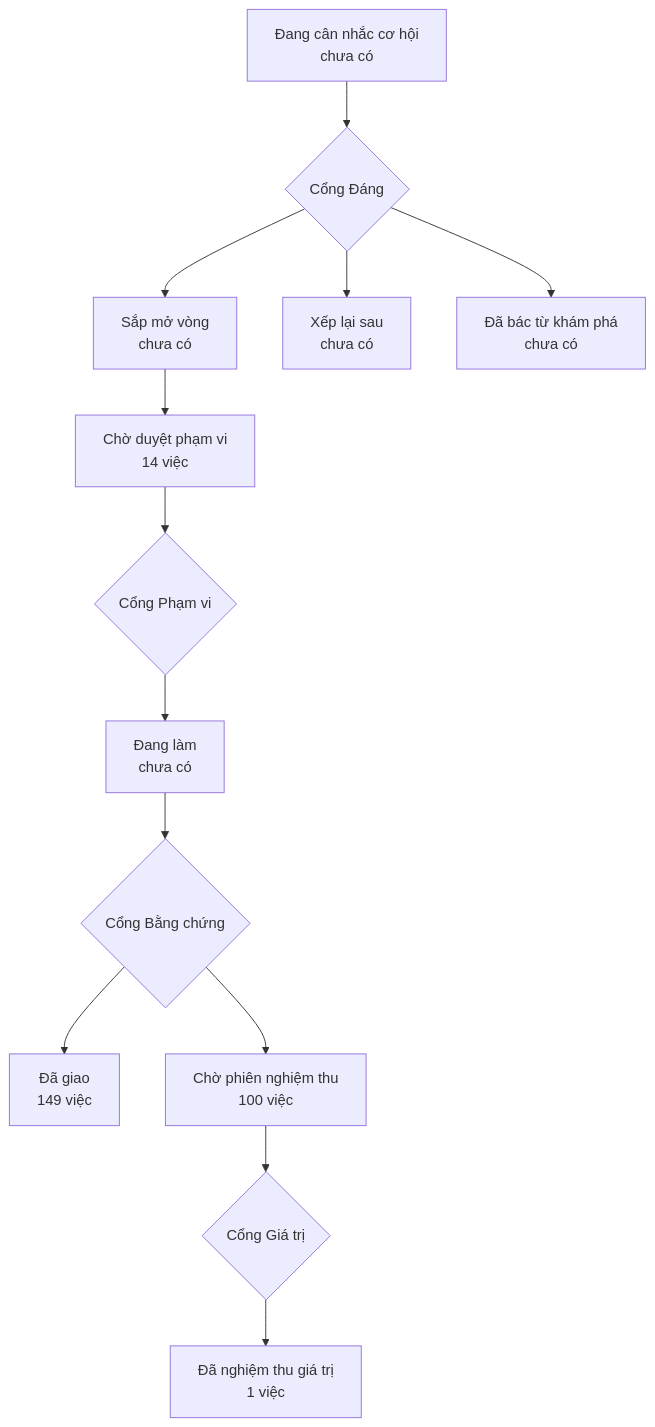
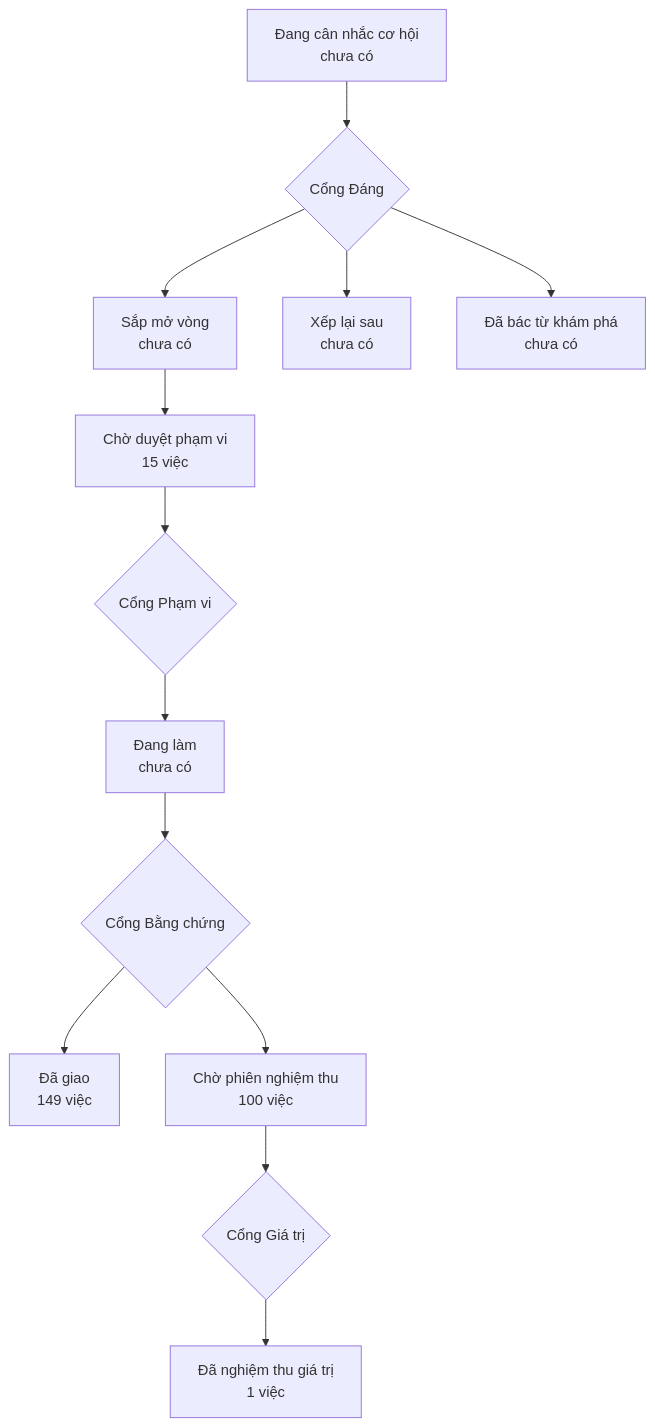
The diagram in PRODUCT-MAP.md (phanlemanh/onehub-invest), drawn with Mermaid before and after one commit. The commit also changed other lines of this file and 1 other file, not shown here.

Commit message:
chore(acceptance): vẽ lại bản đồ sau khi gộp main vào nhận kit 2.37.0

````diff
--- a/PRODUCT-MAP.md
+++ b/PRODUCT-MAP.md
@@ -7,12 +7,12 @@
 ```mermaid
 flowchart TD
   A["Đang cân nhắc cơ hội<br/>chưa có"] --> GD{"Cổng Đáng"}
   GD --> B["Sắp mở vòng<br/>chưa có"]
   GD --> XL["Xếp lại sau<br/>chưa có"]
   GD --> DB["Đã bác từ khám phá<br/>chưa có"]
-  B --> CD["Chờ duyệt phạm vi<br/>14 việc"] --> GP{"Cổng Phạm vi"}
+  B --> CD["Chờ duyệt phạm vi<br/>15 việc"] --> GP{"Cổng Phạm vi"}
   GP --> DL["Đang làm<br/>chưa có"] --> GB{"Cổng Bằng chứng"}
   GB --> DG["Đã giao<br/>149 việc"]
   GB --> CN["Chờ phiên nghiệm thu<br/>100 việc"] --> GG{"Cổng Giá trị"}
   GG --> NT["Đã nghiệm thu giá trị<br/>1 việc"]
 ```
````
